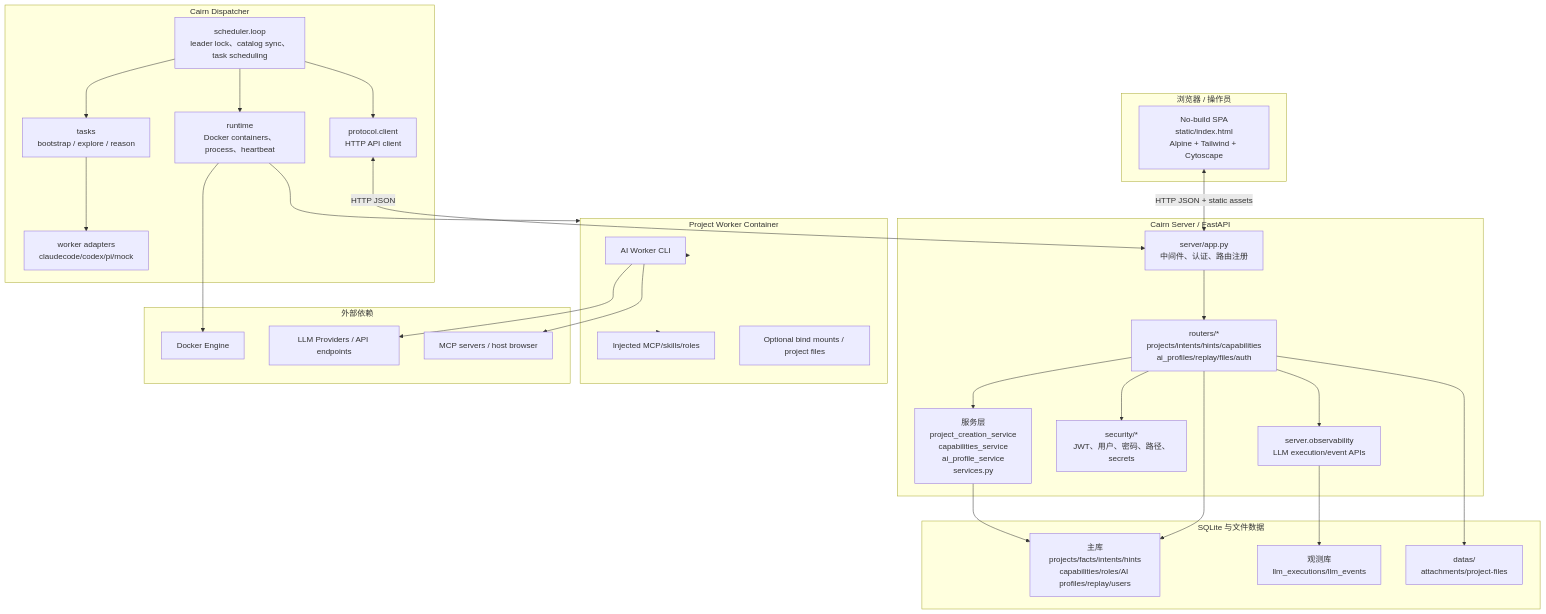
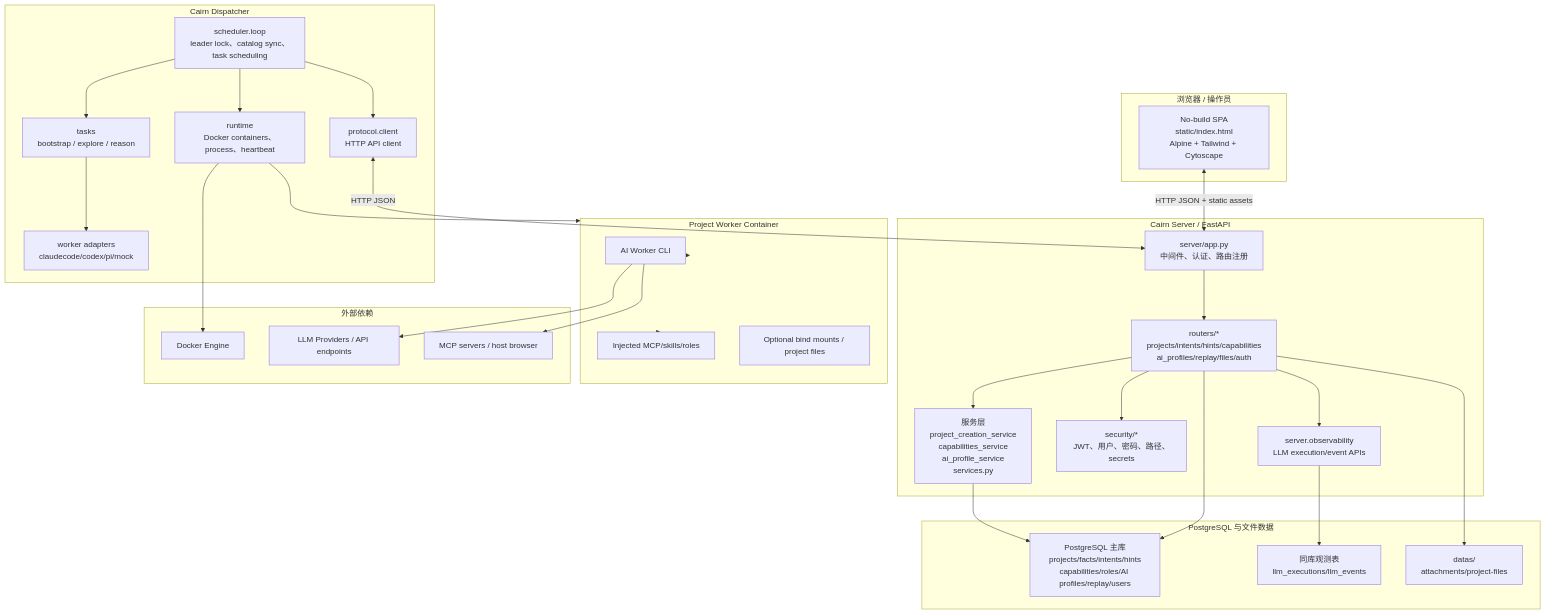
Before and after one commit to j7ur8/Cairn: the first of 3 diagrams in AI/ARCHITECTURE.md, drawn with Mermaid. The commit also changed other lines of this file and 42 other files, not shown here.

Commit message:
Migrate server storage to PostgreSQL

````diff
--- a/AI/ARCHITECTURE.md
+++ b/AI/ARCHITECTURE.md
@@ -19,61 +19,61 @@
 ```mermaid
 flowchart TB
     subgraph Browser["浏览器 / 操作员"]
         SPA["No-build SPA\nstatic/index.html\nAlpine + Tailwind + Cytoscape"]
     end
 
     subgraph Server["Cairn Server / FastAPI"]
         App["server/app.py\n中间件、认证、路由注册"]
         Routers["routers/*\nprojects/intents/hints/capabilities\nai_profiles/replay/files/auth"]
         Services["服务层\nproject_creation_service\ncapabilities_service\nai_profile_service\nservices.py"]
         Security["security/*\nJWT、用户、密码、路径、secrets"]
         ObsApi["server.observability\nLLM execution/event APIs"]
     end
 
-    subgraph Data["SQLite 与文件数据"]
-        MainDb["主库\nprojects/facts/intents/hints\ncapabilities/roles/AI profiles/replay/users"]
-        ObsDb["观测库\nllm_executions/llm_events"]
+    subgraph Data["PostgreSQL 与文件数据"]
+        MainDb["PostgreSQL 主库\nprojects/facts/intents/hints\ncapabilities/roles/AI profiles/replay/users"]
+        ObsDb["同库观测表\nllm_executions/llm_events"]
         Files["datas/\nattachments/project-files"]
     end
 
     subgraph Dispatcher["Cairn Dispatcher"]
         Loop["scheduler.loop\nleader lock、catalog sync、task scheduling"]
         Client["protocol.client\nHTTP API client"]
         Runtime["runtime\nDocker containers、process、heartbeat"]
         Tasks["tasks\nbootstrap / explore / reason"]
         Workers["worker adapters\nclaudecode/codex/pi/mock"]
     end
 
     subgraph Container["Project Worker Container"]
         Agent["AI Worker CLI"]
         CapabilityAssets["Injected MCP/skills/roles"]
         BindMounts["Optional bind mounts / project files"]
     end
 
     subgraph External["外部依赖"]
         Docker["Docker Engine"]
         LLM["LLM Providers / API endpoints"]
         MCP["MCP servers / host browser"]
     end
 
     SPA <-->|HTTP JSON + static assets| App
     App --> Routers
     Routers --> Services
     Routers --> Security
     Routers --> ObsApi
     Services --> MainDb
     Routers --> MainDb
     ObsApi --> ObsDb
     Routers --> Files
     Loop --> Client
     Client <-->|HTTP JSON| App
     Loop --> Runtime
     Loop --> Tasks
     Tasks --> Workers
     Runtime --> Docker
     Runtime --> Container
     Container --> Agent
     Container --> CapabilityAssets
     Agent --> LLM
     Agent --> MCP
 ```
````
